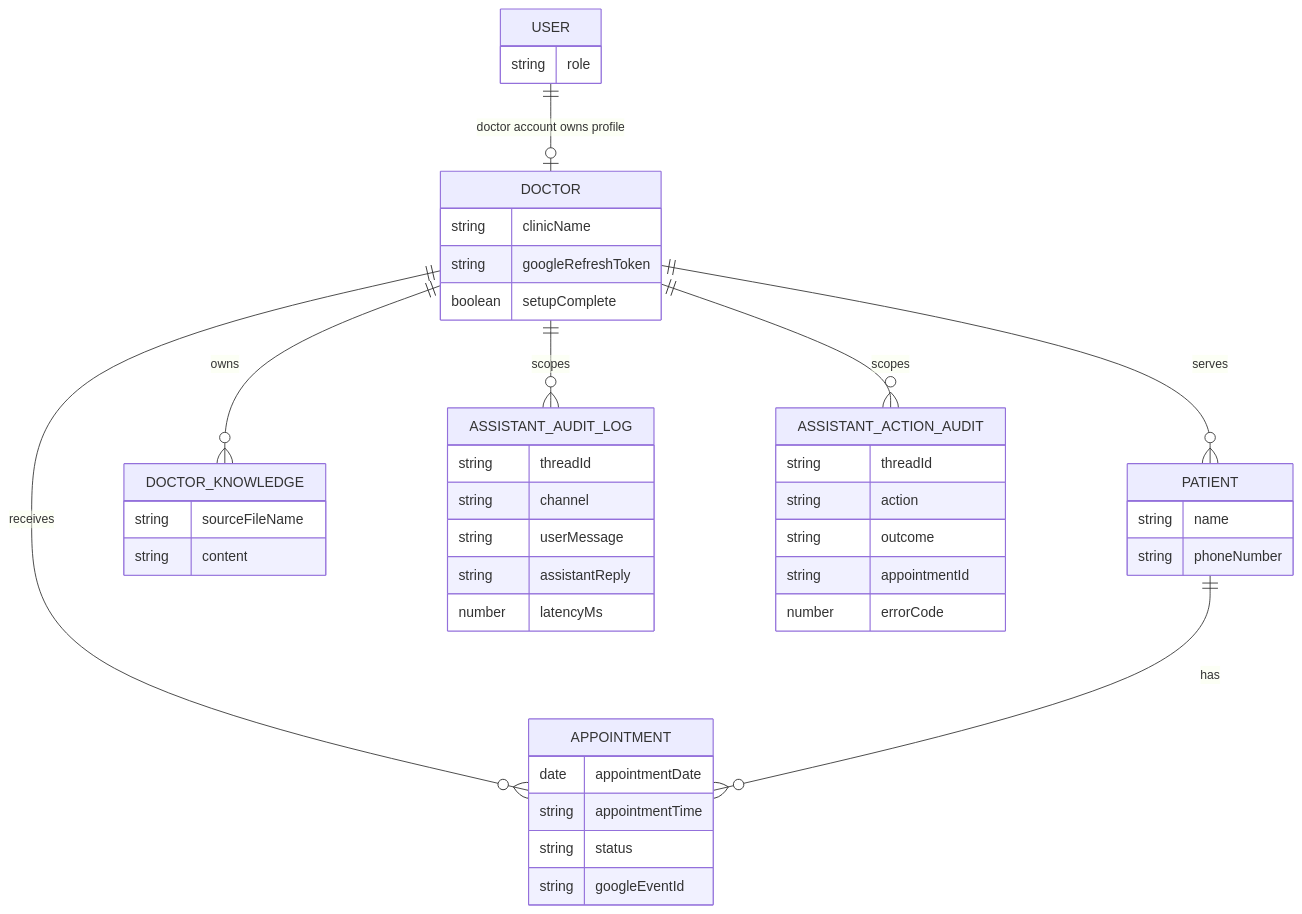
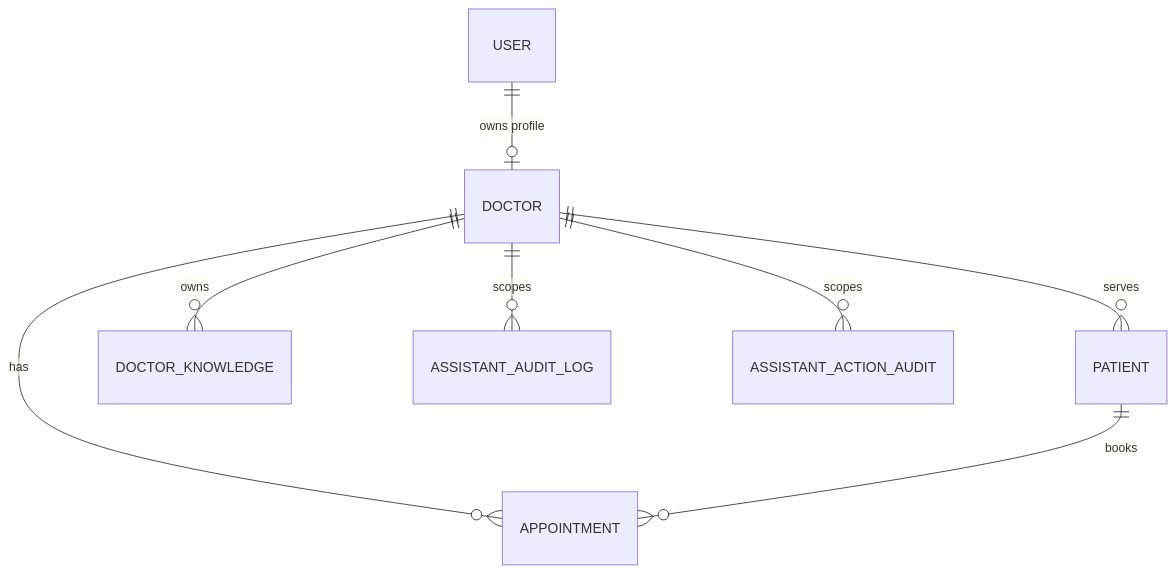
The tenth of 11 diagrams in SYSTEM_ARCHITECTURE.md (sumitsingh24k/Doctor_AI_Platform), drawn with Mermaid before and after one commit. The commit also changed other lines of this file and 2 other files, not shown here.

Commit message:
system architecture & project flow add

````diff
--- a/SYSTEM_ARCHITECTURE.md
+++ b/SYSTEM_ARCHITECTURE.md
@@ -295,18 +188,10 @@
 ```mermaid
 erDiagram
-  USER ||--o| DOCTOR : "doctor account owns profile"
-  DOCTOR ||--o{ PATIENT : serves
-  DOCTOR ||--o{ APPOINTMENT : receives
-  PATIENT ||--o{ APPOINTMENT : has
-  DOCTOR ||--o{ DOCTOR_KNOWLEDGE : owns
-  DOCTOR ||--o{ ASSISTANT_AUDIT_LOG : scopes
-  DOCTOR ||--o{ ASSISTANT_ACTION_AUDIT : scopes
-
-  USER { string role }
-  DOCTOR { string clinicName string googleRefreshToken boolean setupComplete }
-  PATIENT { string name string phoneNumber }
-  APPOINTMENT { date appointmentDate string appointmentTime string status string googleEventId }
-  DOCTOR_KNOWLEDGE { string sourceFileName string content }
-  ASSISTANT_AUDIT_LOG { string threadId string channel string userMessage string assistantReply number latencyMs }
-  ASSISTANT_ACTION_AUDIT { string threadId string action string outcome string appointmentId number errorCode }
+    USER ||--o| DOCTOR : "owns profile"
+    DOCTOR ||--o{ PATIENT : "serves"
+    DOCTOR ||--o{ APPOINTMENT : "has"
+    PATIENT ||--o{ APPOINTMENT : "books"
+    DOCTOR ||--o{ DOCTOR_KNOWLEDGE : "owns"
+    DOCTOR ||--o{ ASSISTANT_AUDIT_LOG : "scopes"
+    DOCTOR ||--o{ ASSISTANT_ACTION_AUDIT : "scopes"
 ```
````
